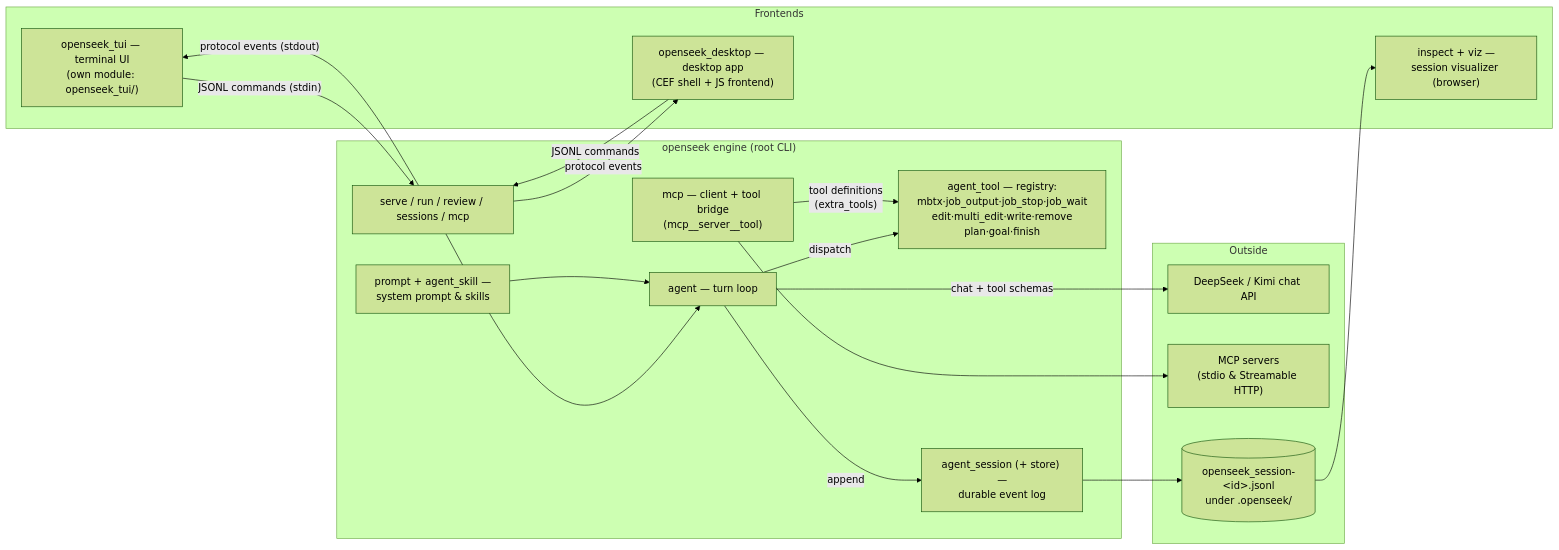
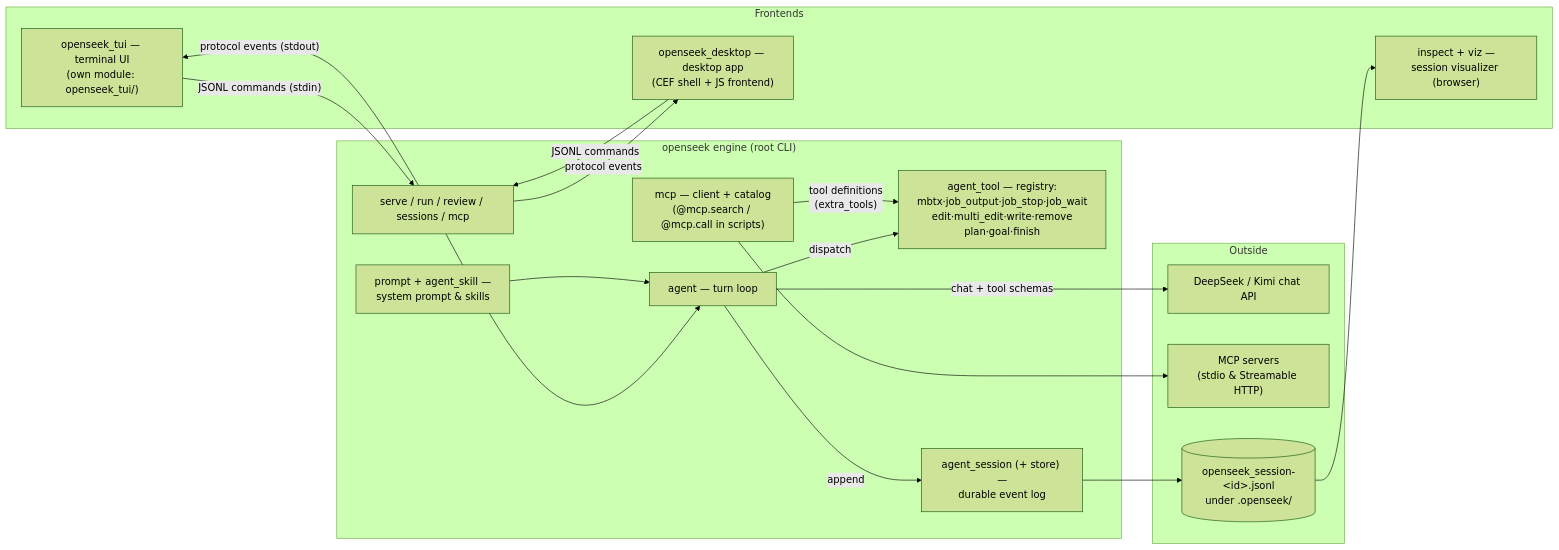
One commit to Lampese/openseek changed the first of 3 diagrams in docs/architecture.md. Above: the diagram before and after it, drawn with Mermaid (forest theme). The commit also changed other lines of this file and 40 other files, not shown here.

First line of the commit message:
feat(engine): reach MCP tools only from scripts, through a catalog (#2137)

````diff
--- a/docs/architecture.md
+++ b/docs/architecture.md
@@ -20,37 +20,37 @@
 ```mermaid
 flowchart LR
   subgraph frontends [Frontends]
     TUI["openseek_tui — terminal UI<br/>(own module: openseek_tui/)"]
     DESKTOP["openseek_desktop — desktop app<br/>(CEF shell + JS frontend)"]
     VIZ["inspect + viz —<br/>session visualizer (browser)"]
   end
 
   subgraph engine ["openseek engine (root CLI)"]
     SERVE["serve / run / review / sessions / mcp"]
     AGENT["agent — turn loop"]
     TOOLS["agent_tool — registry:<br/>mbtx·job_output·job_stop·job_wait<br/>edit·multi_edit·write·remove<br/>plan·goal·finish"]
-    MCP["mcp — client + tool bridge<br/>(mcp__server__tool)"]
+    MCP["mcp — client + catalog<br/>(@mcp.search / @mcp.call in scripts)"]
     PROMPT["prompt + agent_skill —<br/>system prompt & skills"]
     SESSION["agent_session (+ store) —<br/>durable event log"]
   end
 
   subgraph outside [Outside]
     API["DeepSeek / Kimi chat API"]
     MCPSRV["MCP servers<br/>(stdio & Streamable HTTP)"]
     FILES[("openseek_session-&lt;id&gt;.jsonl<br/>under .openseek/")]
   end
 
   TUI -- "JSONL commands (stdin)" --> SERVE
   DESKTOP -- "JSONL commands" --> SERVE
   SERVE -- "protocol events (stdout)" --> TUI
   SERVE -- "protocol events" --> DESKTOP
   SERVE --> AGENT
   PROMPT --> AGENT
   AGENT -- "chat + tool schemas" --> API
   AGENT -- dispatch --> TOOLS
   MCP -- "tool definitions<br/>(extra_tools)" --> TOOLS
   MCP --> MCPSRV
   AGENT -- append --> SESSION
   SESSION --> FILES
   FILES --> VIZ
 ```
````
